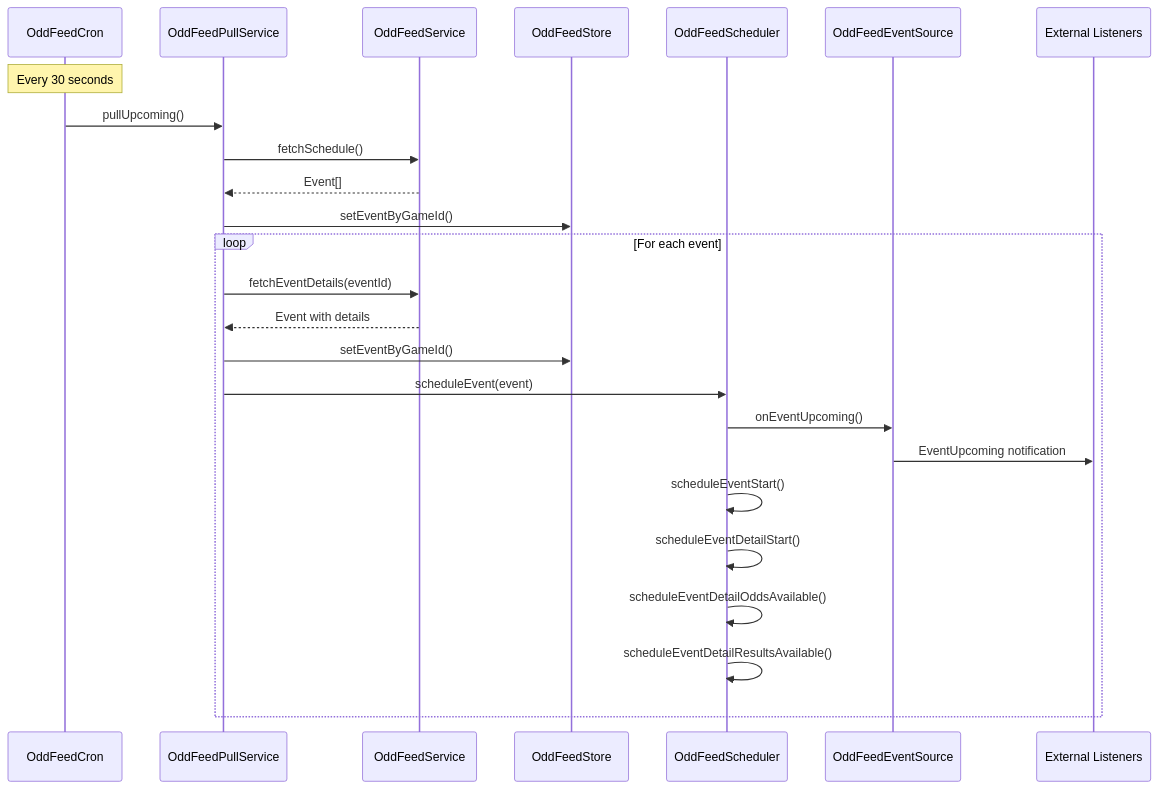
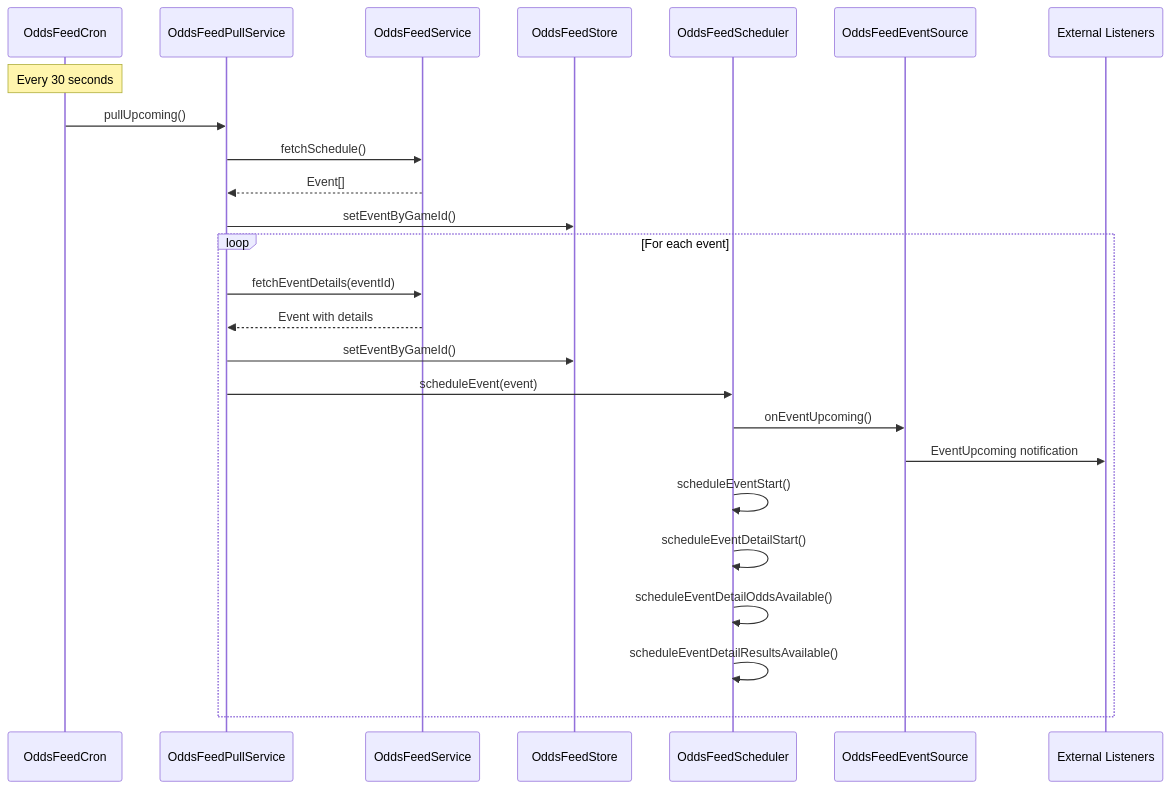
One commit to starixvn/l1_marble-games_odds-feed-client changed the second of 3 diagrams in README.md. Above: the diagram before and after it, drawn with Mermaid. The commit also changed other lines of this file, not shown here.

````diff
--- a/README.md
+++ b/README.md
@@ -82,31 +82,31 @@
 ```mermaid
 sequenceDiagram
-    participant CR as OddFeedCron
-    participant PS as OddFeedPullService
-    participant OS as OddFeedService
-    participant ST as OddFeedStore
-    participant SC as OddFeedScheduler
-    participant ES as OddFeedEventSource
+    participant CR as OddsFeedCron
+    participant PS as OddsFeedPullService
+    participant OS as OddsFeedService
+    participant ST as OddsFeedStore
+    participant SC as OddsFeedScheduler
+    participant ES as OddsFeedEventSource
     participant EXT as External Listeners
 
     Note over CR: Every 30 seconds
     CR->>PS: pullUpcoming()
     PS->>OS: fetchSchedule()
     OS-->>PS: Event[]
     PS->>ST: setEventByGameId()
 
     loop For each event
         PS->>OS: fetchEventDetails(eventId)
         OS-->>PS: Event with details
         PS->>ST: setEventByGameId()
         PS->>SC: scheduleEvent(event)
 
         SC->>ES: onEventUpcoming()
         ES->>EXT: EventUpcoming notification
 
         SC->>SC: scheduleEventStart()
         SC->>SC: scheduleEventDetailStart()
         SC->>SC: scheduleEventDetailOddsAvailable()
         SC->>SC: scheduleEventDetailResultsAvailable()
     end
 ```
````
